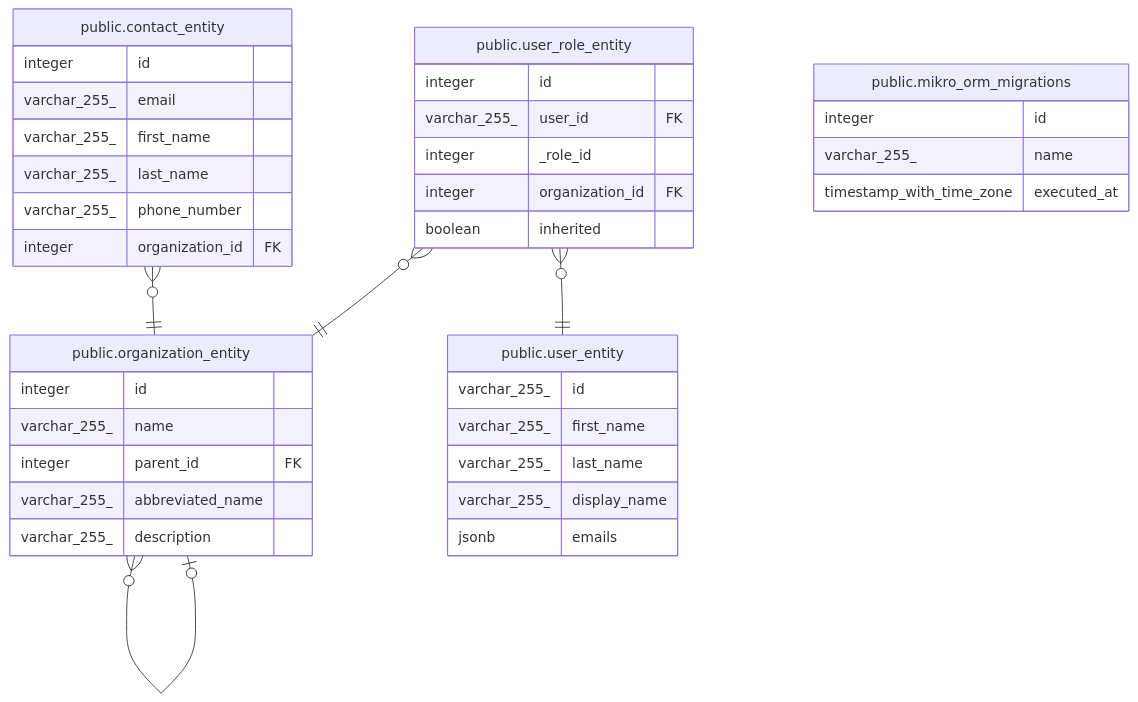
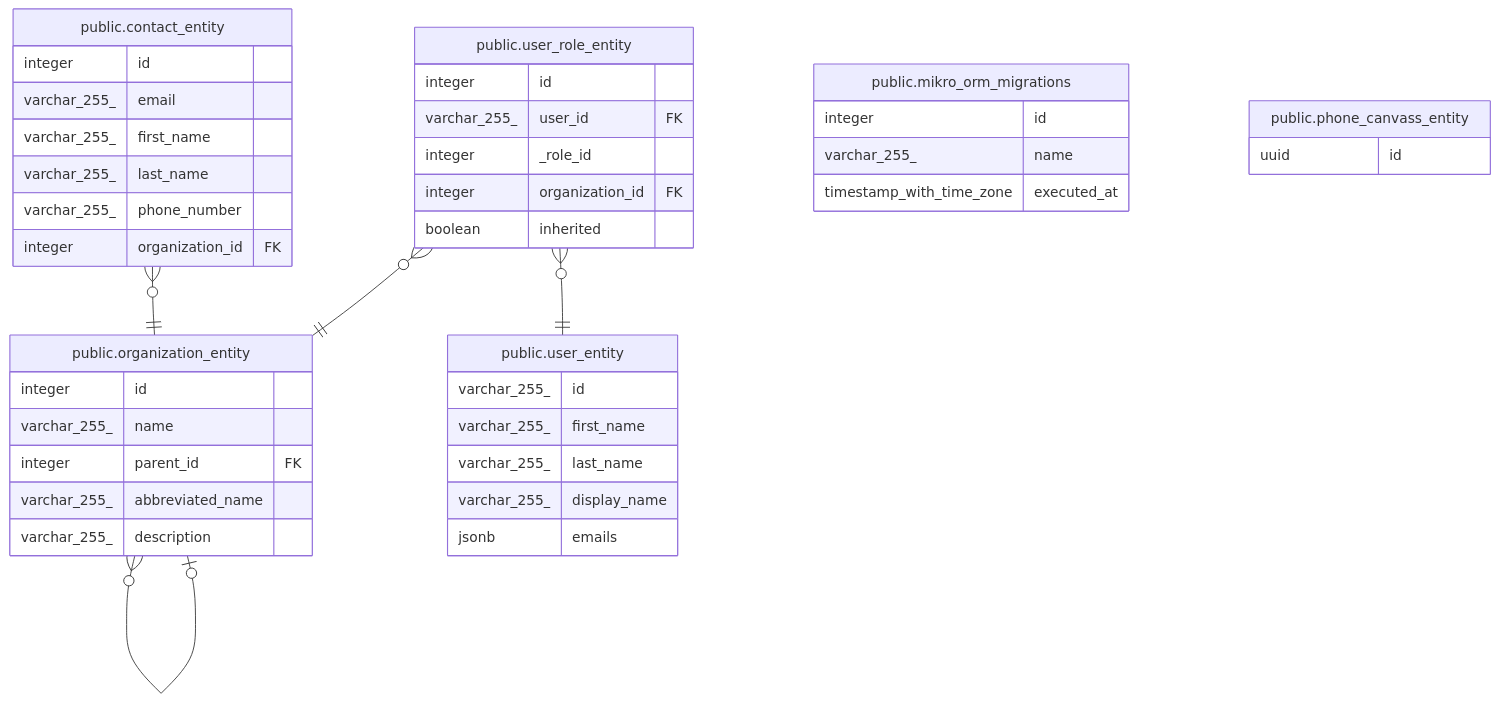
The diagram in doc/schema/README.md (gpo/grassroots), drawn with Mermaid before and after one commit. The commit also changed other lines of this file and 4 other files, not shown here.

````diff
--- a/doc/schema/README.md
+++ b/doc/schema/README.md
@@ -15,43 +16,46 @@
 ```mermaid
 erDiagram
 
 "public.organization_entity" }o--o| "public.organization_entity" : ""
 "public.contact_entity" }o--|| "public.organization_entity" : ""
 "public.user_role_entity" }o--|| "public.user_entity" : ""
 "public.user_role_entity" }o--|| "public.organization_entity" : ""
 
 "public.mikro_orm_migrations" {
   integer id
   varchar_255_ name
   timestamp_with_time_zone executed_at
 }
 "public.user_entity" {
   varchar_255_ id
   varchar_255_ first_name
   varchar_255_ last_name
   varchar_255_ display_name
   jsonb emails
 }
 "public.organization_entity" {
   integer id
   varchar_255_ name
   integer parent_id FK
   varchar_255_ abbreviated_name
   varchar_255_ description
 }
 "public.contact_entity" {
   integer id
   varchar_255_ email
   varchar_255_ first_name
   varchar_255_ last_name
   varchar_255_ phone_number
   integer organization_id FK
 }
 "public.user_role_entity" {
   integer id
   varchar_255_ user_id FK
   integer _role_id
   integer organization_id FK
   boolean inherited
 }
+"public.phone_canvass_entity" {
+  uuid id
+}
 ```
````
